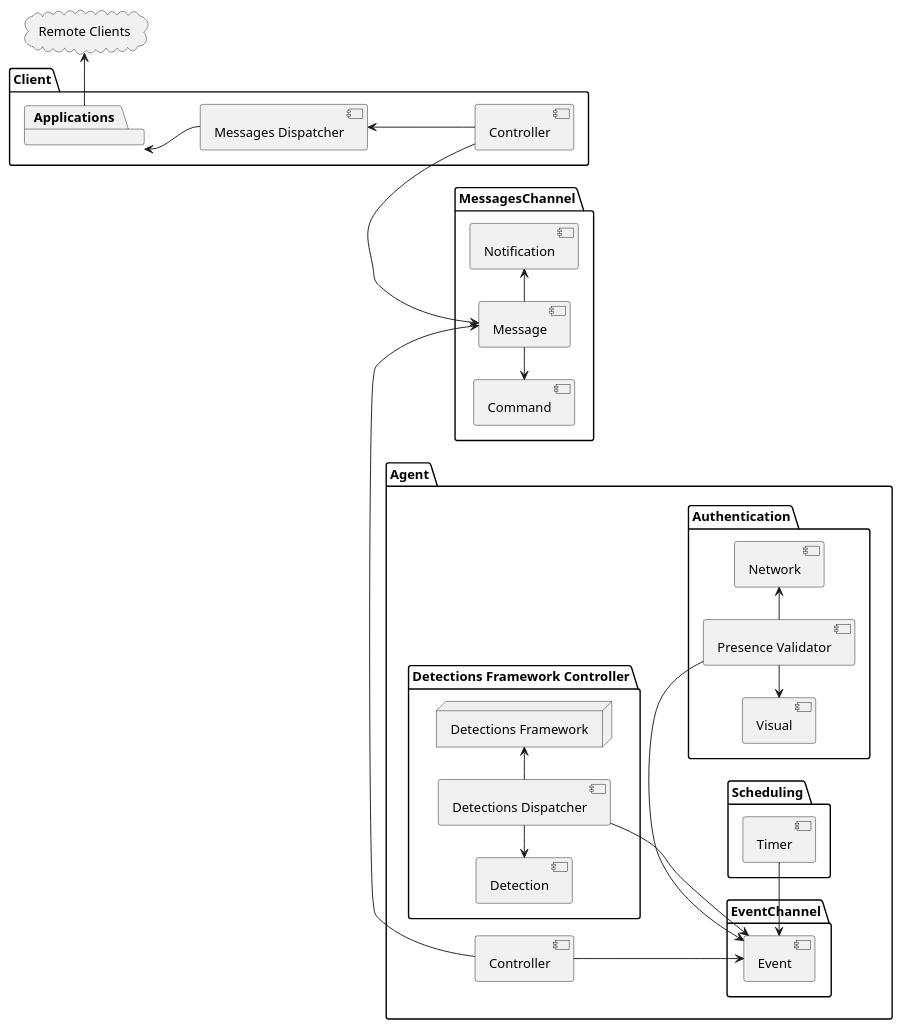
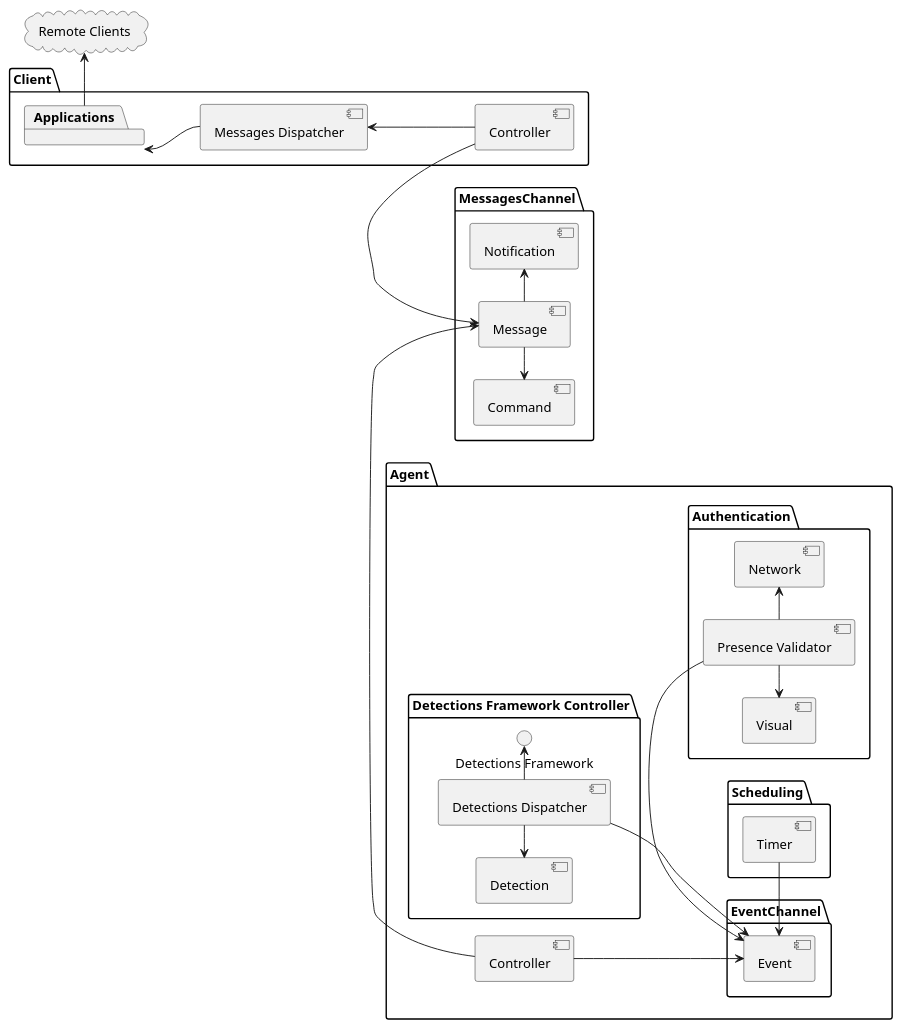
One commit to saratoga8/motion_notifier changed the diagram in docs/components.puml. Above: the diagram before and after it, drawn with PlantUML. The commit also changed 4 other files, not shown here.

```diff
--- a/docs/components.puml
+++ b/docs/components.puml
@@ -1,60 +1,59 @@
 @startuml
 'https://plantuml.com/component-diagram
 
 left to right direction
 
 package "Agent" {
     [Controller] as Agent_Controller
     package "Authentication" {
       [Presence Validator]
       [Network]
       [Visual]
     }
 
     package "Detections Framework Controller" {
-      [Detections Dispatcher] -> "Detections Framework"
+      () "Detections Framework" as DF
+      [Detections Dispatcher] -> DF
       [Detection] <- [Detections Dispatcher]
-      node "Detections Framework" {
-      }
     }
 
 
     package EventChannel {
       Agent_Controller --> [Event]
       [Presence Validator] -> [Event]
       [Detections Dispatcher] --> [Event]
     }
 
     package "Scheduling" {
       [Timer] -> [Event]
     }
 
 }
 
 package "Client" {
     [Controller] as Client_Controller
     [Messages Dispatcher] <-- Client_Controller
 
     package [Applications] {
     }
 }
 
 package MessagesChannel {
     [Command] <- [Message]
     [Message]
     [Message] -> [Notification]
 }
 
 
 cloud "Remote Clients" {
 }
 
 [Applications] <-- [Messages Dispatcher]
 [Applications] -> "Remote Clients"
 Client_Controller -> [Message]
 Agent_Controller -> [Message]
 
 [Presence Validator] -> [Network]
 [Visual] <- [Presence Validator]
 
 @enduml
```
